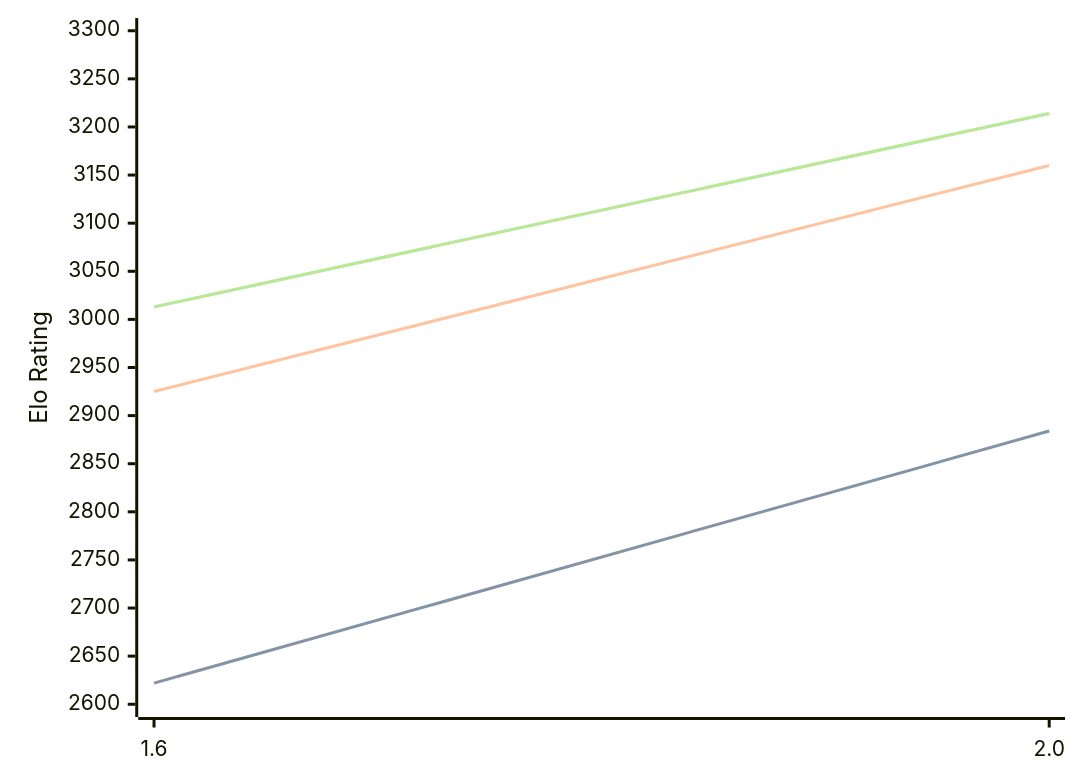
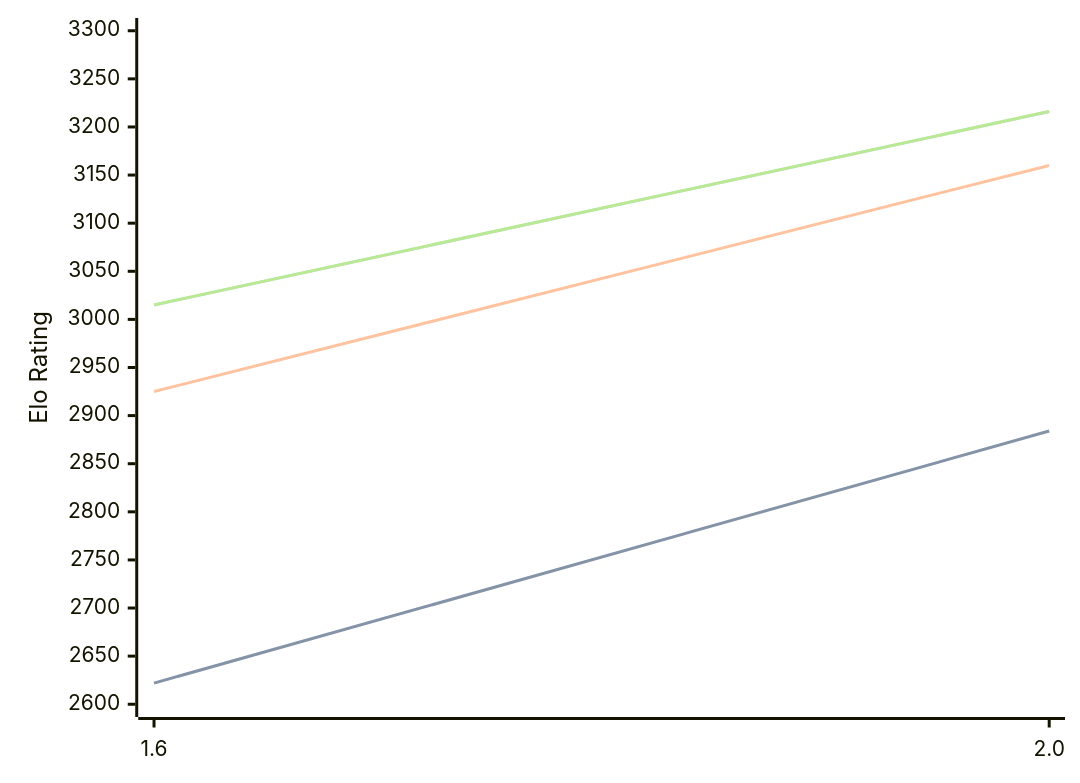
The diagram in engines/Onyx.md (computer-chess-index/cci), drawn with Mermaid before and after one commit. The commit also changed other lines of this file, not shown here.

Commit message:
Update CCI Ratings (ELO VLTC) - 2026-08-19

````diff
--- a/engines/Onyx.md
+++ b/engines/Onyx.md
@@ -32,11 +32,11 @@
 ```mermaid
 %%{init: {"theme":"base","themeVariables":{"seriesColors:['#a3a3a3','#222221','#faa371']}}}%%
 xychart-beta
   x-axis ["1.6", "2.0"]
   y-axis "Elo Rating" 2600 --> 3300
   line "STC (8.0+0.08s)" [2622, 2884]
   line "STC (8.0+0.08s)" [2622, 2884]
   line "LTC (60.0+0.60s)" [2925, 3160]
-  line "VLTC (2m24s+1.12s)" [3013, 3214]
-  line "VLTC (2m24s+1.12s)" [3013, 3214]
+  line "VLTC (2m24s+1.12s)" [3015, 3216]
+  line "VLTC (2m24s+1.12s)" [3015, 3216]
 ```
````
